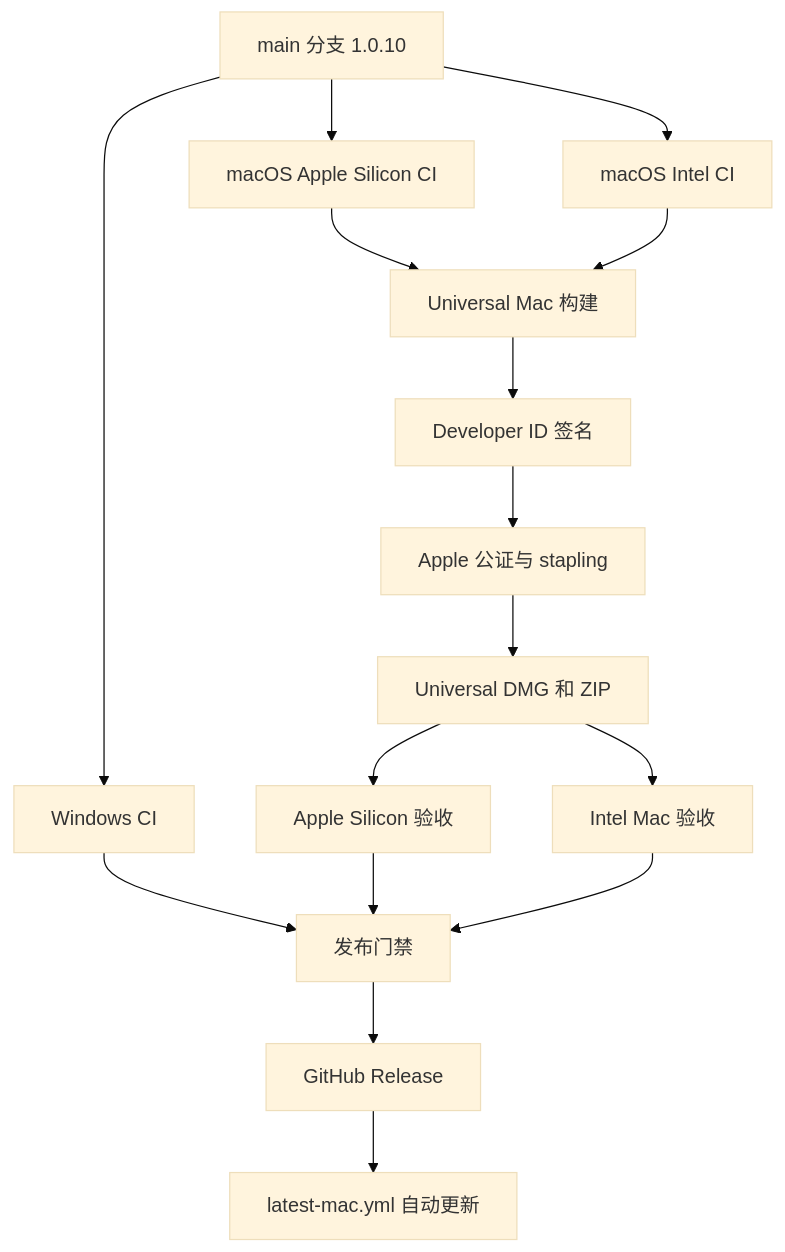
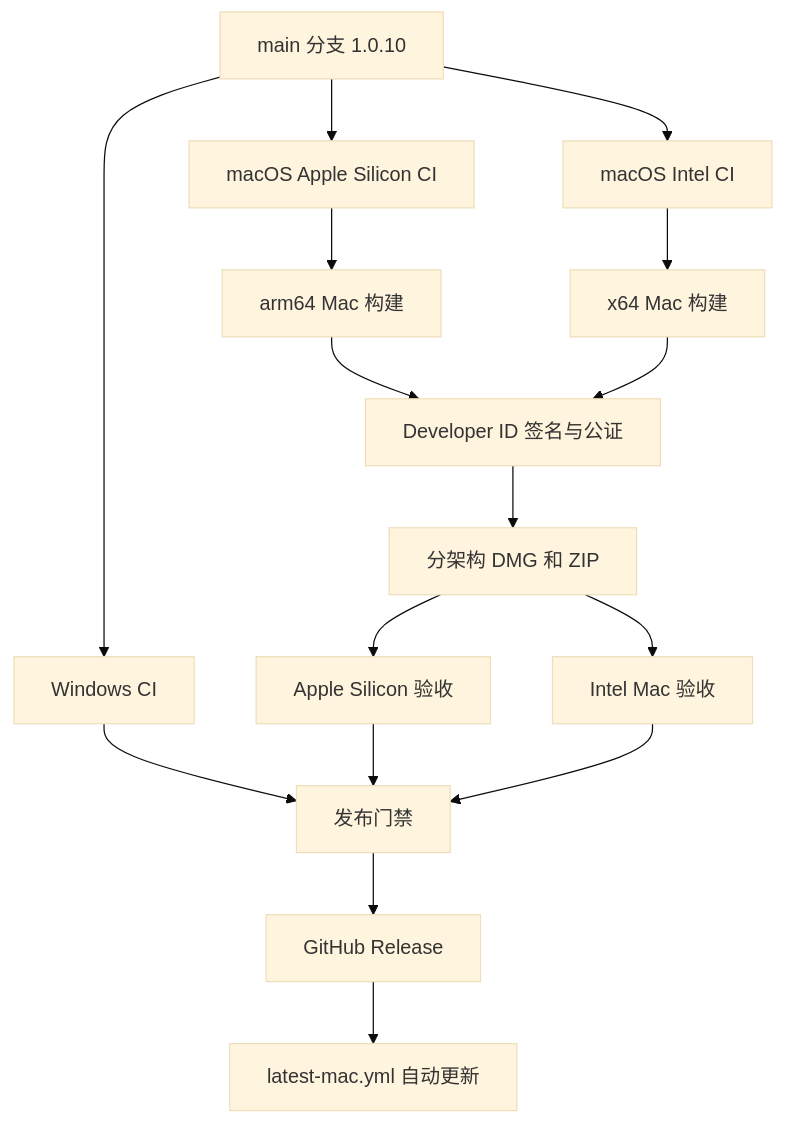
The diagram in docs/2026-08-23_发布计划-DeepSeek-Harness-Desktop-macOS.md (gxygxy1025-lab/deepseek-harness-desktop), drawn with Mermaid (base theme) before and after one commit. The commit also changed other lines of this file and 11 other files, not shown here.

Commit message:
feat: publish separate macOS architecture packages

````diff
--- a/docs/2026-08-23_发布计划-DeepSeek-Harness-Desktop-macOS.md
+++ b/docs/2026-08-23_发布计划-DeepSeek-Harness-Desktop-macOS.md
@@ -51,18 +53,18 @@
 ```mermaid
 flowchart TD
     A[main 分支 1.0.10] --> B[Windows CI]
     A --> C[macOS Apple Silicon CI]
     A --> D[macOS Intel CI]
-    C --> E[Universal Mac 构建]
-    D --> E
-    E --> F[Developer ID 签名]
-    F --> G[Apple 公证与 stapling]
-    G --> H[Universal DMG 和 ZIP]
+    C --> E[arm64 Mac 构建]
+    D --> F[x64 Mac 构建]
+    E --> G[Developer ID 签名与公证]
+    F --> G
+    G --> H[分架构 DMG 和 ZIP]
     H --> I[Apple Silicon 验收]
     H --> J[Intel Mac 验收]
     B --> K[发布门禁]
     I --> K
     J --> K
     K --> L[GitHub Release]
     L --> M[latest-mac.yml 自动更新]
 ```
````
